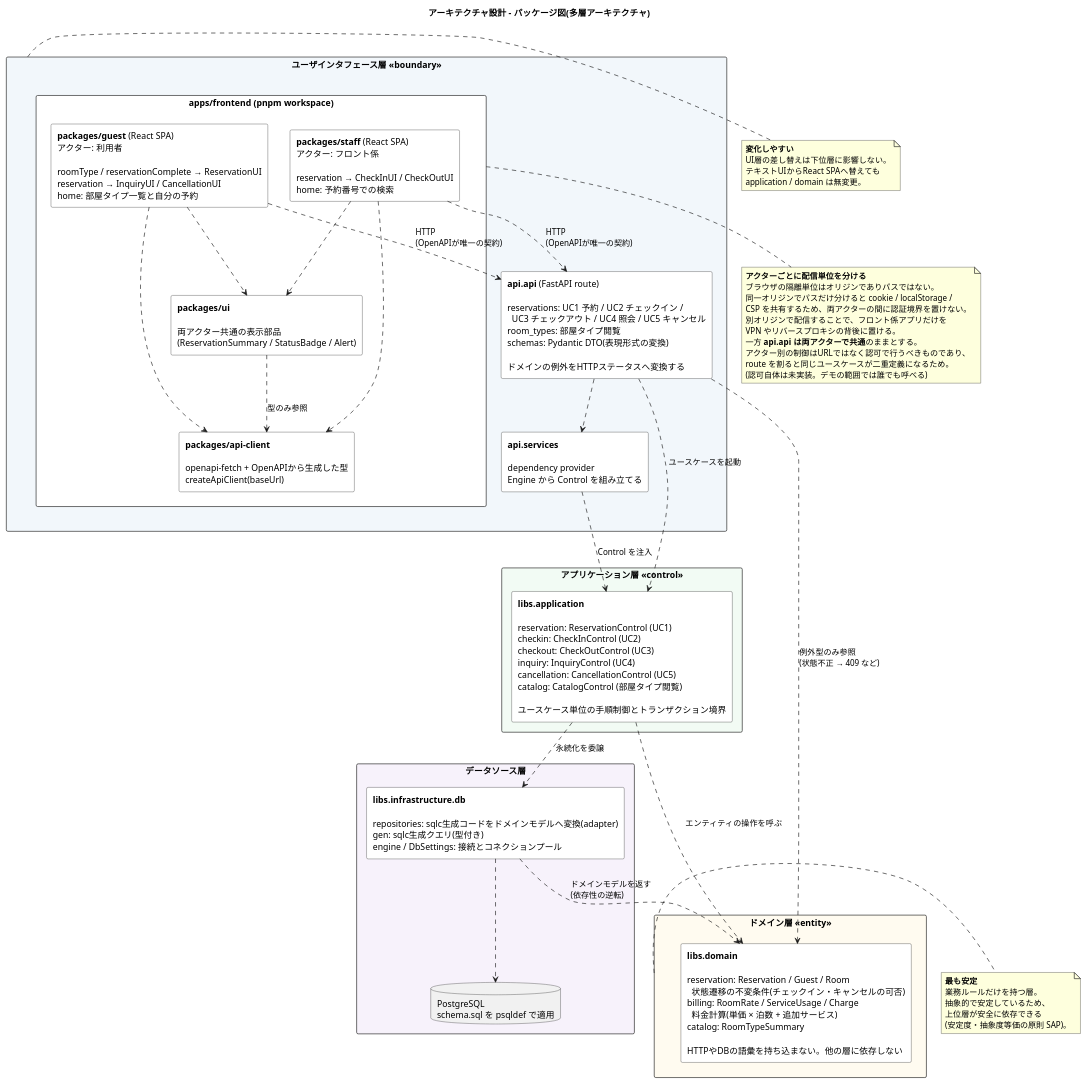
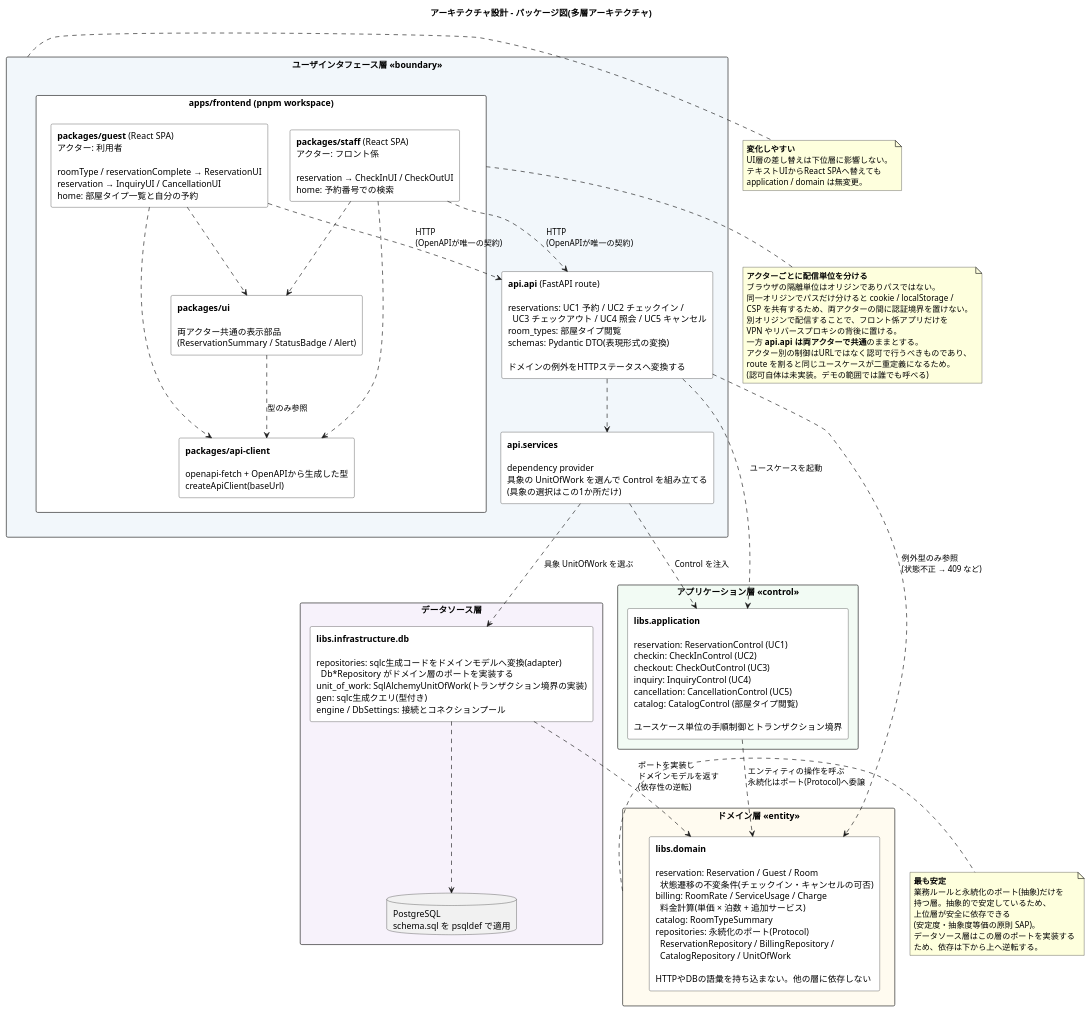
One commit to doguto/waseda-hrs changed the diagram in docs/uml/10_package_diagram.puml. Above: the diagram before and after it, drawn with PlantUML. The commit also changed 15 other files, not shown here.

```diff
--- a/docs/uml/10_package_diagram.puml
+++ b/docs/uml/10_package_diagram.puml
@@ -1,100 +1,102 @@
 @startuml 10_package_diagram
 title アーキテクチャ設計 - パッケージ図(多層アーキテクチャ)
 
 ' 講義の多層アーキテクチャ(ユーザインタフェース層/アプリケーション層/
 ' ドメイン層/データソース層)を採用し、システム分析(09)のBCEをそのまま層に対応づける。
 ' バウンダリ=UI層、コントロール=アプリケーション層、エンティティ=ドメイン層。
 ' 依存は上から下への一方向のみで、下位層から上位層への依存は持たない
 ' (非循環依存関係の原則 ADP / 安定依存の原則 SDP)。
 ' パッケージ名は実装のモジュール名と一致させ、設計と実装の対応を追えるようにする。
 ' 各層の内訳を1つの枠にまとめ、矢印を層間に絞ることで依存の向きを読みやすくしている。
 ' UI層のフロントエンドはアクター(利用者/フロント係)ごとに配信単位を分ける。
 ' 08のバウンダリ識別方針「アクター×ユースケースの組ごとに1つ」に対応する。
 
 skinparam packageStyle rectangle
 skinparam shadowing false
 skinparam defaultTextAlignment left
 skinparam rectangleBackgroundColor #FFFFFF
 
 package "ユーザインタフェース層 <<boundary>>" as ui #F2F7FB {
   package "apps/frontend (pnpm workspace)" as frontend_ws #FFFFFF {
     rectangle "**packages/guest** (React SPA)\nアクター: 利用者\n\nroomType / reservationComplete → ReservationUI\nreservation → InquiryUI / CancellationUI\nhome: 部屋タイプ一覧と自分の予約" as frontend_guest
 
     rectangle "**packages/staff** (React SPA)\nアクター: フロント係\n\nreservation → CheckInUI / CheckOutUI\nhome: 予約番号での検索" as frontend_staff
 
     rectangle "**packages/api-client**\n\nopenapi-fetch + OpenAPIから生成した型\ncreateApiClient(baseUrl)" as frontend_api_client
 
     rectangle "**packages/ui**\n\n両アクター共通の表示部品\n(ReservationSummary / StatusBadge / Alert)" as frontend_ui
   }
 
   rectangle "**api.api** (FastAPI route)\n\nreservations: UC1 予約 / UC2 チェックイン /\n  UC3 チェックアウト / UC4 照会 / UC5 キャンセル\nroom_types: 部屋タイプ閲覧\nschemas: Pydantic DTO(表現形式の変換)\n\nドメインの例外をHTTPステータスへ変換する" as api_route
 
-  rectangle "**api.services**\n\ndependency provider\nEngine から Control を組み立てる" as api_services
+  rectangle "**api.services**\n\ndependency provider\n具象の UnitOfWork を選んで Control を組み立てる\n(具象の選択はこの1か所だけ)" as api_services
 }
 
 package "アプリケーション層 <<control>>" as app #F2FBF4 {
   rectangle "**libs.application**\n\nreservation: ReservationControl (UC1)\ncheckin: CheckInControl (UC2)\ncheckout: CheckOutControl (UC3)\ninquiry: InquiryControl (UC4)\ncancellation: CancellationControl (UC5)\ncatalog: CatalogControl (部屋タイプ閲覧)\n\nユースケース単位の手順制御とトランザクション境界" as libs_app
 }
 
 package "ドメイン層 <<entity>>" as domain #FFFBF0 {
-  rectangle "**libs.domain**\n\nreservation: Reservation / Guest / Room\n  状態遷移の不変条件(チェックイン・キャンセルの可否)\nbilling: RoomRate / ServiceUsage / Charge\n  料金計算(単価 × 泊数 + 追加サービス)\ncatalog: RoomTypeSummary\n\nHTTPやDBの語彙を持ち込まない。他の層に依存しない" as libs_domain
+  rectangle "**libs.domain**\n\nreservation: Reservation / Guest / Room\n  状態遷移の不変条件(チェックイン・キャンセルの可否)\nbilling: RoomRate / ServiceUsage / Charge\n  料金計算(単価 × 泊数 + 追加サービス)\ncatalog: RoomTypeSummary\nrepositories: 永続化のポート(Protocol)\n  ReservationRepository / BillingRepository /\n  CatalogRepository / UnitOfWork\n\nHTTPやDBの語彙を持ち込まない。他の層に依存しない" as libs_domain
 }
 
 package "データソース層" as datasource #F7F2FB {
-  rectangle "**libs.infrastructure.db**\n\nrepositories: sqlc生成コードをドメインモデルへ変換(adapter)\ngen: sqlc生成クエリ(型付き)\nengine / DbSettings: 接続とコネクションプール" as libs_infra
+  rectangle "**libs.infrastructure.db**\n\nrepositories: sqlc生成コードをドメインモデルへ変換(adapter)\n  Db*Repository がドメイン層のポートを実装する\nunit_of_work: SqlAlchemyUnitOfWork(トランザクション境界の実装)\ngen: sqlc生成クエリ(型付き)\nengine / DbSettings: 接続とコネクションプール" as libs_infra
 
   database "PostgreSQL\nschema.sql を psqldef で適用" as db
 }
 
 ' ===== フロントエンド内部の依存 =====
 ' 利用者を左、フロント係を右に固定する(03のアクタの並びに合わせる)。
 frontend_guest -[hidden]right- frontend_staff
 frontend_ui -[hidden]right- frontend_api_client
 
 frontend_guest ..> frontend_api_client
 frontend_guest ..> frontend_ui
 frontend_staff ..> frontend_api_client
 frontend_staff ..> frontend_ui
 frontend_ui ..> frontend_api_client : 型のみ参照
 
 ' ===== 層をまたぐ依存(すべて下向き) =====
 frontend_guest ..> api_route : HTTP\n(OpenAPIが唯一の契約)
 frontend_staff ..> api_route : HTTP\n(OpenAPIが唯一の契約)
 api_route ..> api_services
 api_services ..> libs_app : Control を注入
+api_services ..> libs_infra : 具象 UnitOfWork を選ぶ
 api_route ..> libs_app : ユースケースを起動
 api_route ..> libs_domain : 例外型のみ参照\n(状態不正 → 409 など)
-libs_app ..> libs_domain : エンティティの操作を呼ぶ
-libs_app ..> libs_infra : 永続化を委譲
-libs_infra ..> libs_domain : ドメインモデルを返す\n(依存性の逆転)
+libs_app ..> libs_domain : エンティティの操作を呼ぶ\n永続化はポート(Protocol)へ委譲
+libs_infra ..> libs_domain : ポートを実装し\nドメインモデルを返す\n(依存性の逆転)
 libs_infra ..> db
 
 note right of ui
   <b>変化しやすい</b>
   UI層の差し替えは下位層に影響しない。
   テキストUIからReact SPAへ替えても
   application / domain は無変更。
 end note
 
 note bottom of frontend_ws
   <b>アクターごとに配信単位を分ける</b>
   ブラウザの隔離単位はオリジンでありパスではない。
   同一オリジンでパスだけ分けると cookie / localStorage /
   CSP を共有するため、両アクターの間に認証境界を置けない。
   別オリジンで配信することで、フロント係アプリだけを
   VPN やリバースプロキシの背後に置ける。
   一方 <b>api.api は両アクターで共通</b>のままとする。
   アクター別の制御はURLではなく認可で行うべきものであり、
   route を割ると同じユースケースが二重定義になるため。
   (認可自体は未実装。デモの範囲では誰でも呼べる)
 end note
 
 note right of domain
   <b>最も安定</b>
-  業務ルールだけを持つ層。
-  抽象的で安定しているため、
+  業務ルールと永続化のポート(抽象)だけを
+  持つ層。抽象的で安定しているため、
   上位層が安全に依存できる
   (安定度・抽象度等価の原則 SAP)。
+  データソース層はこの層のポートを実装する
+  ため、依存は下から上へ逆転する。
 end note
 
 @enduml
```
